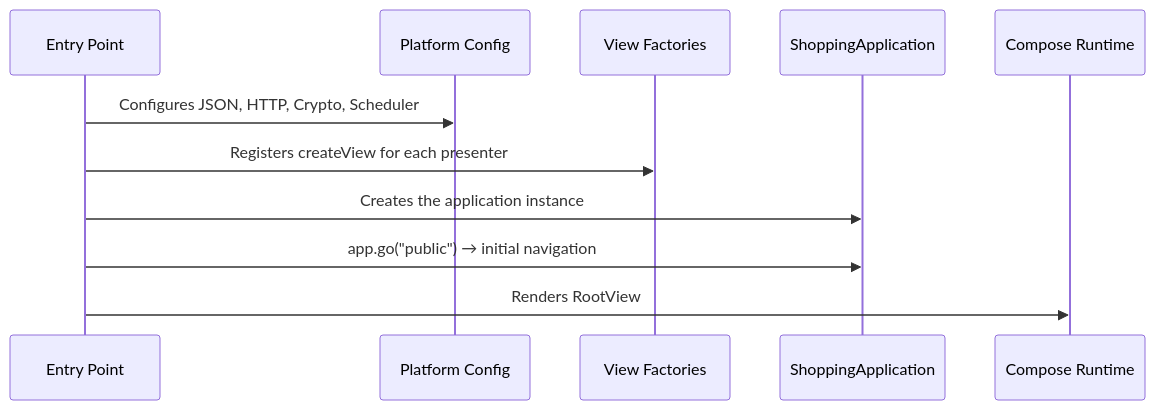
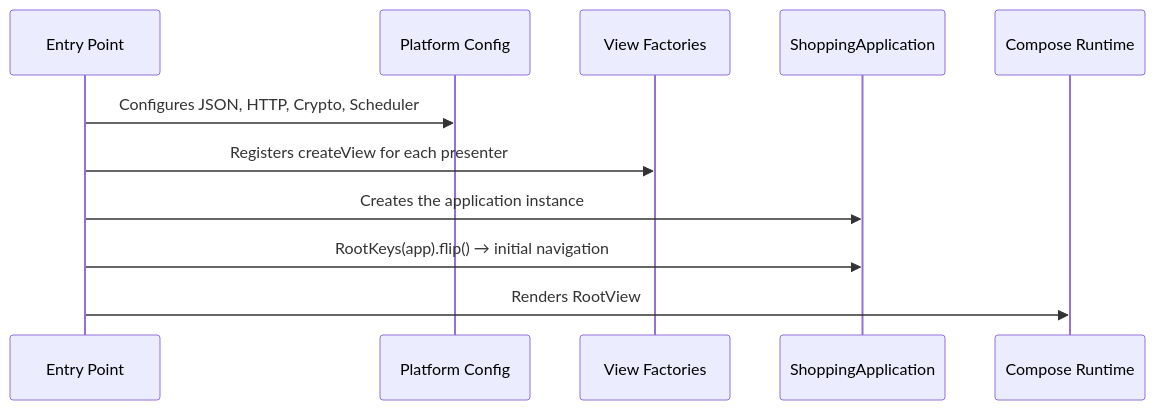
The seventh of 9 diagrams in docs/architecture-cube-compose.md (mrcdom/wdc-cube-kotlin), drawn with Mermaid before and after one commit. The commit also changed other lines of this file and 27 other files, not shown here.

````diff
--- a/docs/architecture-cube-compose.md
+++ b/docs/architecture-cube-compose.md
@@ -418,14 +418,14 @@
 ```mermaid
 sequenceDiagram
     participant Main as Entry Point
     participant Plat as Platform Config
     participant Factories as View Factories
     participant App as ShoppingApplication
     participant Compose as Compose Runtime
 
     Main->>Plat: Configures JSON, HTTP, Crypto, Scheduler
     Main->>Factories: Registers createView for each presenter
     Main->>App: Creates the application instance
-    Main->>App: app.go("public") → initial navigation
+    Main->>App: RootKeys(app).flip() → initial navigation
     Main->>Compose: Renders RootView
 ```
````
